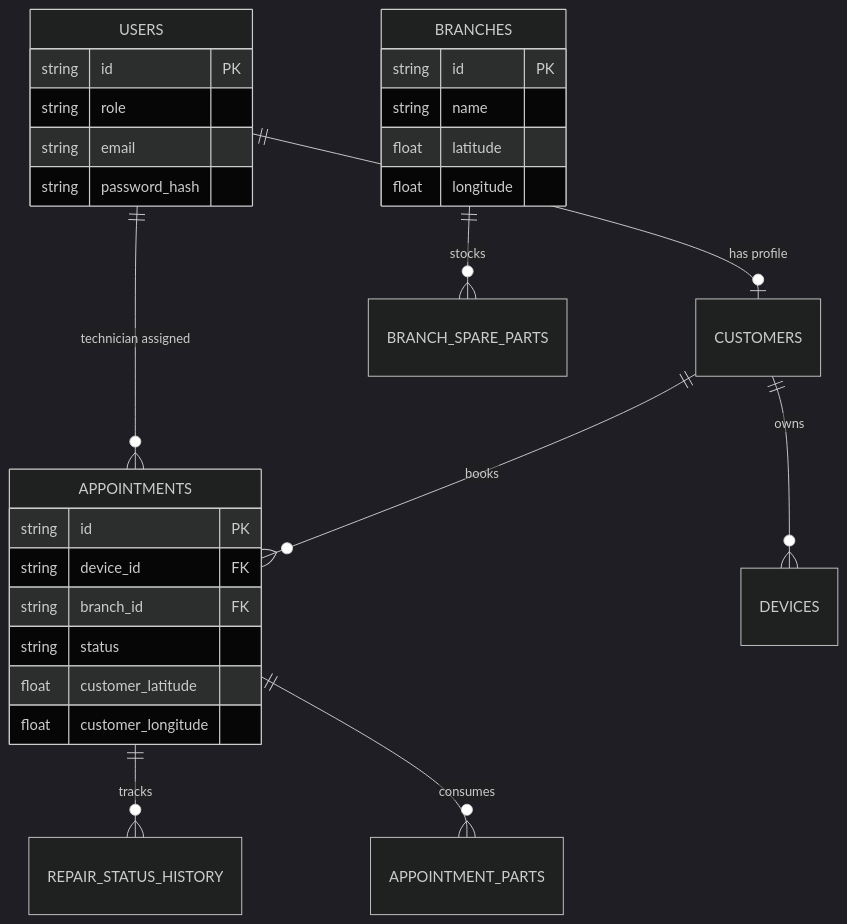
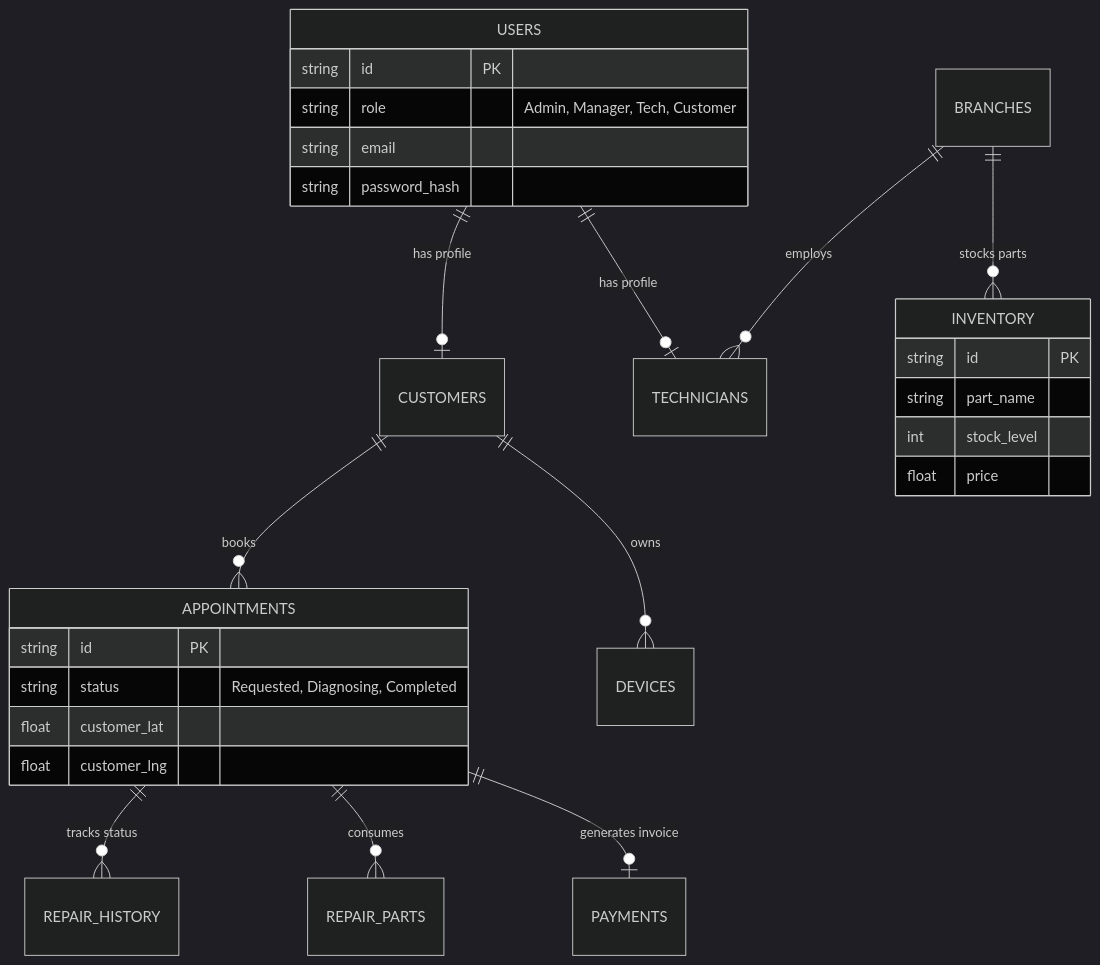
The second of 2 diagrams in README.md (NimnaOfficial/TECHFIX), drawn with Mermaid (dark theme) before and after one commit. The commit also changed other lines of this file, not shown here.

````diff
--- a/README.md
+++ b/README.md
@@ -92,31 +118,31 @@
 ```mermaid
 erDiagram
     USERS ||--o| CUSTOMERS : "has profile"
-    USERS ||--o{ APPOINTMENTS : "technician assigned"
+    USERS ||--o| TECHNICIANS : "has profile"
     CUSTOMERS ||--o{ APPOINTMENTS : "books"
     CUSTOMERS ||--o{ DEVICES : "owns"
-    BRANCHES ||--o{ BRANCH_SPARE_PARTS : "stocks"
-    APPOINTMENTS ||--o{ REPAIR_STATUS_HISTORY : "tracks"
-    APPOINTMENTS ||--o{ APPOINTMENT_PARTS : "consumes"
+    BRANCHES ||--o{ INVENTORY : "stocks parts"
+    BRANCHES ||--o{ TECHNICIANS : "employs"
+    APPOINTMENTS ||--o{ REPAIR_HISTORY : "tracks status"
+    APPOINTMENTS ||--o{ REPAIR_PARTS : "consumes"
+    APPOINTMENTS ||--o| PAYMENTS : "generates invoice"
 
     USERS {
         string id PK
-        string role
+        string role "Admin, Manager, Tech, Customer"
         string email
         string password_hash
     }
     APPOINTMENTS {
         string id PK
-        string device_id FK
-        string branch_id FK
-        string status
-        float customer_latitude
-        float customer_longitude
+        string status "Requested, Diagnosing, Completed"
+        float customer_lat
+        float customer_lng
     }
-    BRANCHES {
+    INVENTORY {
         string id PK
-        string name
-        float latitude
-        float longitude
+        string part_name
+        int stock_level
+        float price
     }
 ```
````
